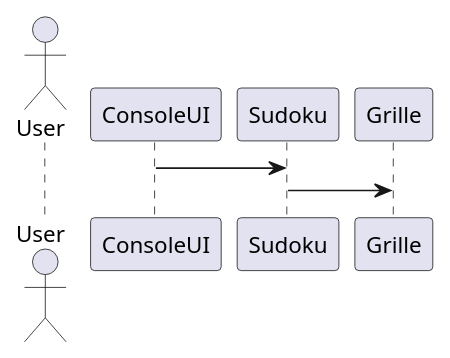
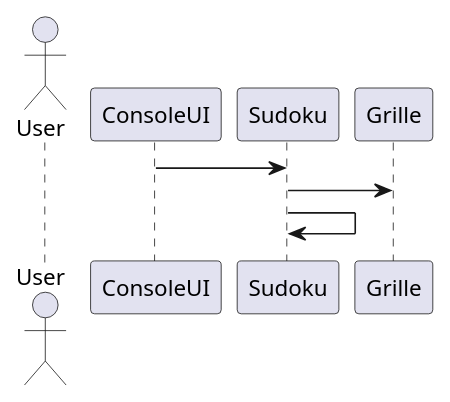
Before and after one commit to R0-M1/Sudoku: the diagram in doc/SequenceDiagram.puml, drawn with PlantUML. The commit also changed 8 other files, not shown here.

```diff
--- a/doc/SequenceDiagram.puml
+++ b/doc/SequenceDiagram.puml
@@ -1,5 +1,6 @@
 @startuml
 actor User
 ConsoleUI -> Sudoku
 Sudoku -> Grille
+Sudoku -> Sudoku
 @enduml
```
